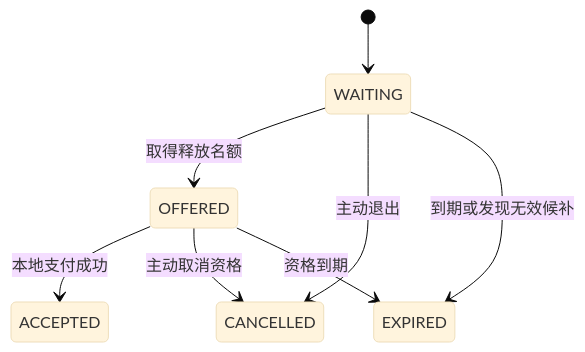
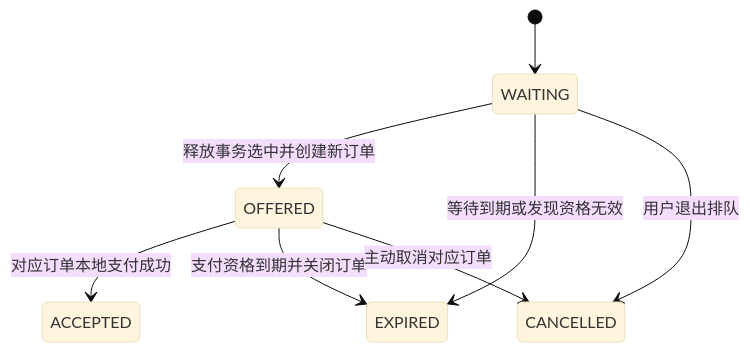
Before and after one commit to SyH-101/citypass-platform: the sixth of 6 diagrams in 01-异步预约与候补调度.md, drawn with Mermaid (base theme). The commit also changed other lines of this file, not shown here.

````diff
--- a/01-异步预约与候补调度.md
+++ b/01-异步预约与候补调度.md
@@ -191,10 +820,10 @@
 ```mermaid
 stateDiagram-v2
     [*] --> WAITING
-    WAITING --> OFFERED: 取得释放名额
-    WAITING --> CANCELLED: 主动退出
-    WAITING --> EXPIRED: 到期或发现无效候补
-    OFFERED --> ACCEPTED: 本地支付成功
-    OFFERED --> CANCELLED: 主动取消资格
-    OFFERED --> EXPIRED: 资格到期
+    WAITING --> OFFERED: 释放事务选中并创建新订单
+    WAITING --> EXPIRED: 等待到期或发现资格无效
+    WAITING --> CANCELLED: 用户退出排队
+    OFFERED --> ACCEPTED: 对应订单本地支付成功
+    OFFERED --> EXPIRED: 支付资格到期并关闭订单
+    OFFERED --> CANCELLED: 主动取消对应订单
 ```
````
